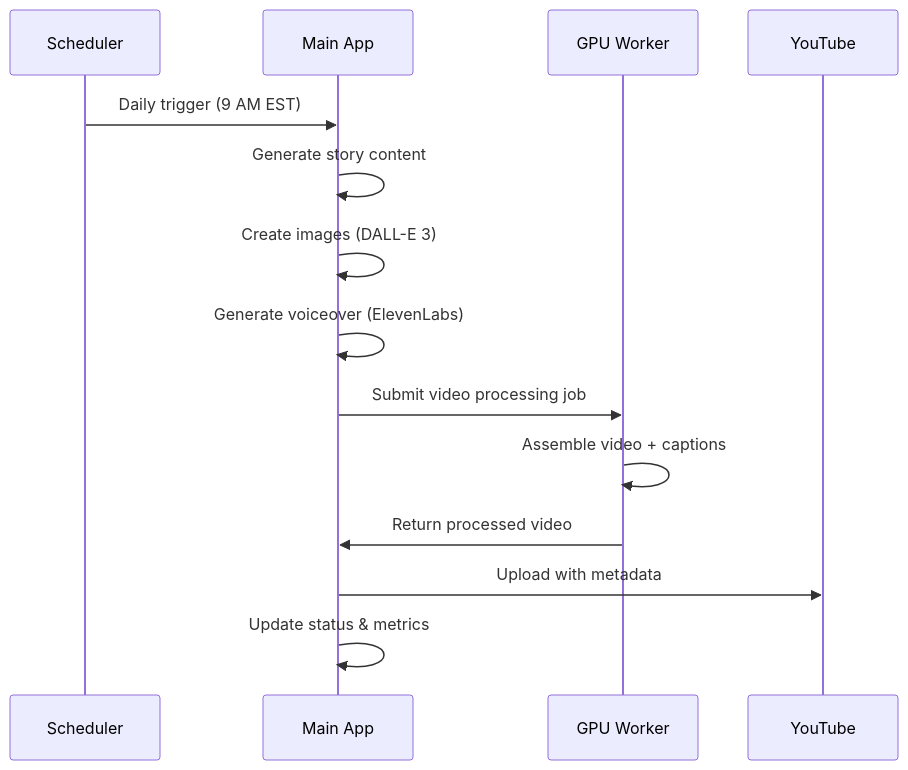
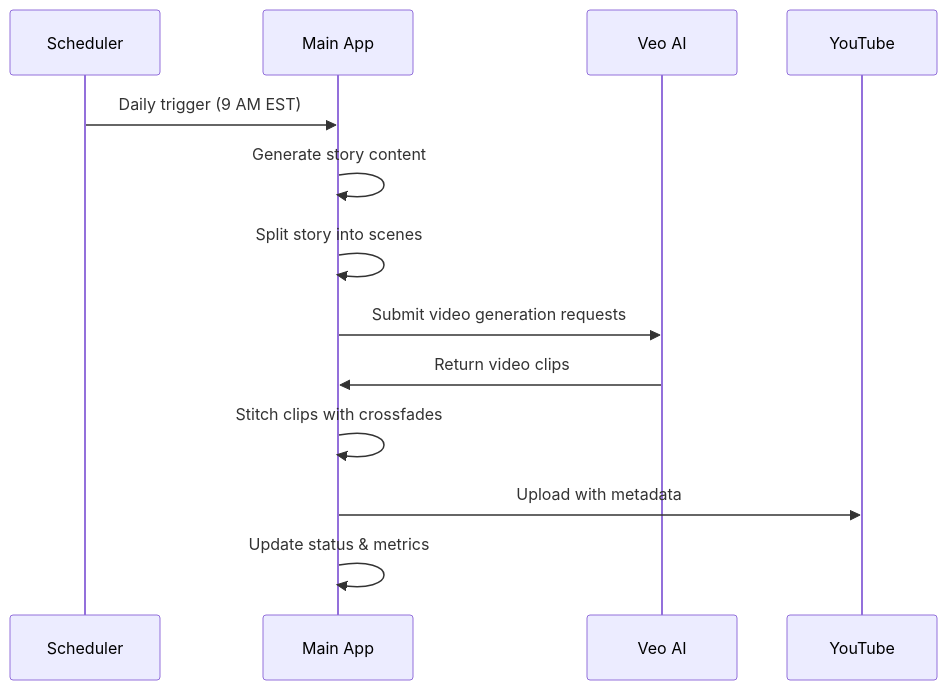
The second of 3 diagrams in README.md (rezearcher/AutoVideo.v1), drawn with Mermaid before and after one commit. The commit also changed other lines of this file and 27 other files, not shown here.

````diff
--- a/README.md
+++ b/README.md
@@ -81,17 +86,16 @@
 ```mermaid
 sequenceDiagram
     participant S as Scheduler
     participant A as Main App
-    participant G as GPU Worker
+    participant V as Veo AI
     participant Y as YouTube
     
     S->>A: Daily trigger (9 AM EST)
     A->>A: Generate story content
-    A->>A: Create images (DALL-E 3)
-    A->>A: Generate voiceover (ElevenLabs)
-    A->>G: Submit video processing job
-    G->>G: Assemble video + captions
-    G->>A: Return processed video
+    A->>A: Split story into scenes
+    A->>V: Submit video generation requests
+    V->>A: Return video clips
+    A->>A: Stitch clips with crossfades
     A->>Y: Upload with metadata
     A->>A: Update status & metrics
 ```
````
